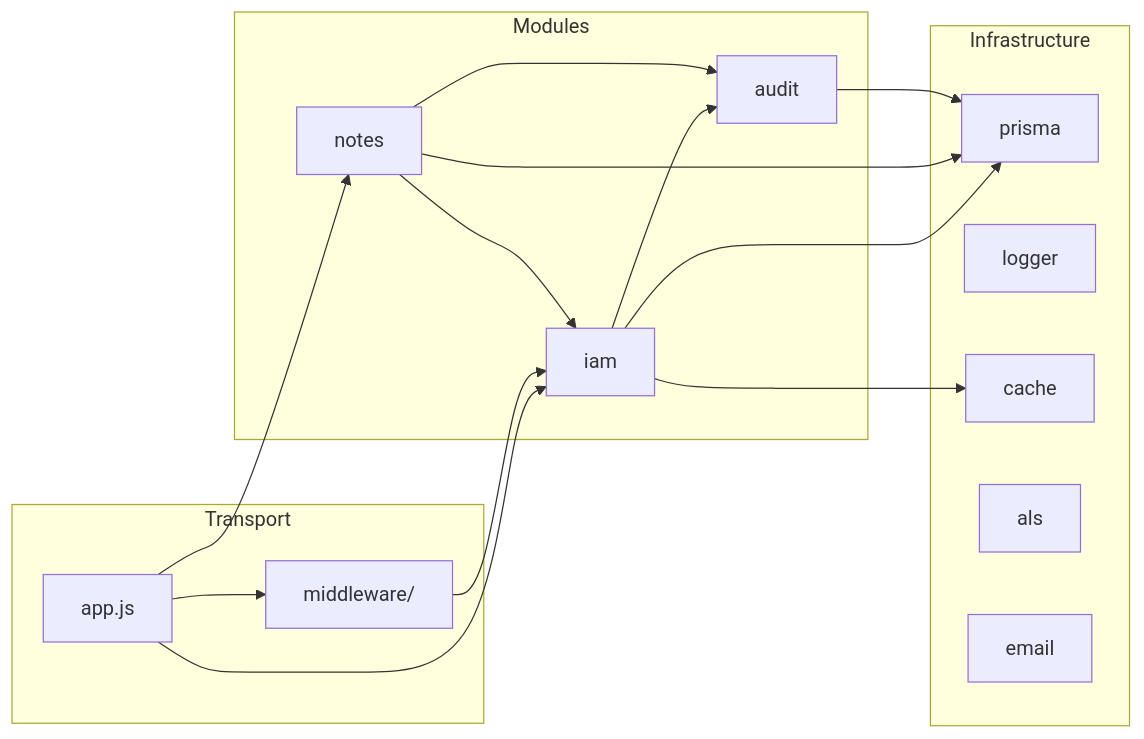
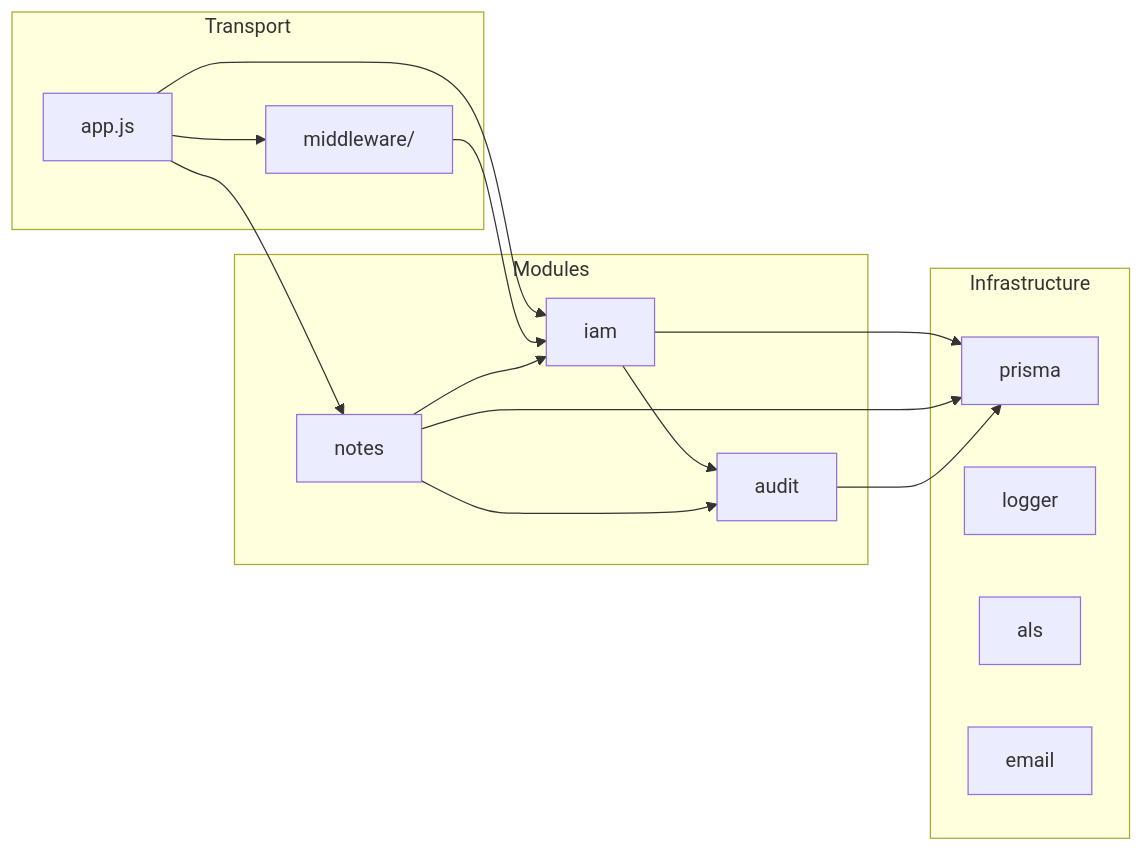
One commit to abualanin112/rentru changed the first of 2 diagrams in docs/00-project/architecture-overview.md. Above: the diagram before and after it, drawn with Mermaid. The commit also changed other lines of this file and 104 other files, not shown here.

First line of the commit message:
feat(architecture): complete shared and testing layer hardening

````diff
--- a/docs/00-project/architecture-overview.md
+++ b/docs/00-project/architecture-overview.md
@@ -27,33 +27,31 @@
 ```mermaid
 graph LR
     subgraph Transport
         APP["app.js"]
         MW["middleware/"]
     end
 
     subgraph Modules
         IAM["iam"]
         NOTES["notes"]
         AUDIT["audit"]
     end
 
     subgraph Infrastructure
         PRISMA["prisma"]
         LOGGER["logger"]
-        CACHE["cache"]
         ALS["als"]
         EMAIL["email"]
     end
 
     APP --> IAM
     APP --> NOTES
     APP --> MW
     MW --> IAM
     IAM --> AUDIT
     NOTES --> AUDIT
     NOTES --> IAM
     IAM --> PRISMA
     NOTES --> PRISMA
     AUDIT --> PRISMA
-    IAM --> CACHE
 ```
````
